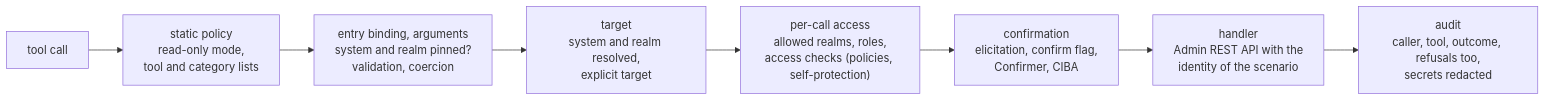
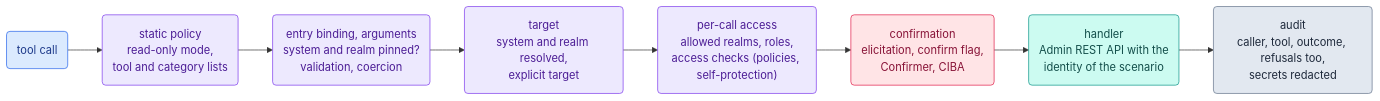
Before and after one commit to edewit/keycloak-mcp-server: the eighth of 8 diagrams in docs/scenarios.md, drawn with Mermaid. The commit also changed other lines of this file, not shown here.

Commit message:
Give the scenario diagrams a consistent colour language that works in light and dark themes

````diff
--- a/docs/scenarios.md
+++ b/docs/scenarios.md
@@ -209,10 +265,21 @@
 ```mermaid
 flowchart LR
-    A["tool call"] --> B["static policy<br/>read-only mode,<br/>tool and category lists"]
-    B --> C["entry binding, arguments<br/>system and realm pinned?<br/>validation, coercion"]
-    C --> D["target<br/>system and realm resolved,<br/>explicit target"]
-    D --> E["per-call access<br/>allowed realms, roles,<br/>access checks (policies, self-protection)"]
-    E --> F["confirmation<br/>elicitation, confirm flag,<br/>Confirmer, CIBA"]
-    F --> G["handler<br/>Admin REST API with the<br/>identity of the scenario"]
-    G --> H["audit<br/>caller, tool, outcome, refusals too,<br/>secrets redacted"]
+    A("tool call") --> B("static policy<br/>read-only mode,<br/>tool and category lists")
+    B --> C("entry binding, arguments<br/>system and realm pinned?<br/>validation, coercion")
+    C --> D("target<br/>system and realm resolved,<br/>explicit target")
+    D --> E("per-call access<br/>allowed realms, roles,<br/>access checks (policies, self-protection)")
+    E --> F("confirmation<br/>elicitation, confirm flag,<br/>Confirmer, CIBA")
+    F --> G("handler<br/>Admin REST API with the<br/>identity of the scenario")
+    G --> H("audit<br/>caller, tool, outcome, refusals too,<br/>secrets redacted")
+    classDef client fill:#dbeafe,stroke:#2563eb,color:#1e3a8a
+    classDef server fill:#ede9fe,stroke:#7c3aed,color:#4c1d95
+    classDef keycloak fill:#ccfbf1,stroke:#0d9488,color:#134e4a
+    classDef infra fill:#fef3c7,stroke:#d97706,color:#78350f
+    classDef confirm fill:#ffe4e6,stroke:#e11d48,color:#881337
+    classDef audit fill:#e2e8f0,stroke:#64748b,color:#1e293b
+    class A client
+    class B,C,D,E server
+    class F confirm
+    class G keycloak
+    class H audit
 ```
````
